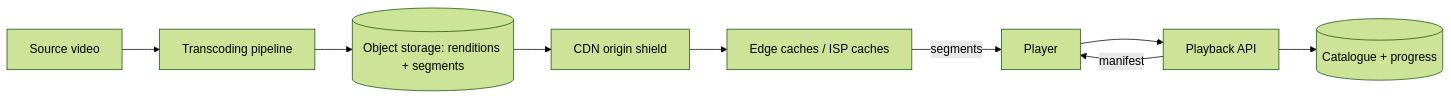
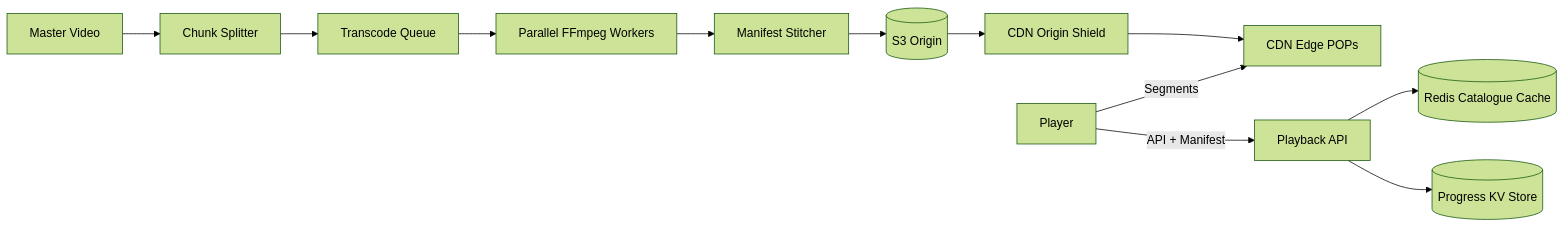
Before and after one commit to TapanKumarBarik/Backend-roadmap: the second of 5 diagrams in content/system-design/22-interview-design-problems/10-video-streaming-platform/README.md, drawn with Mermaid (forest theme). The commit also changed other lines of this file and 37 other files, not shown here.

Commit message:
Upgrade Track 22 (37 interview design problems) with scale-by-scale architecture evolution

````diff
--- a/content/system-design/22-interview-design-problems/10-video-streaming-platform/README.md
+++ b/content/system-design/22-interview-design-problems/10-video-streaming-platform/README.md
@@ -107,11 +152,10 @@
 ```mermaid
 flowchart LR
-  S["Source video"] --> T["Transcoding pipeline"]
-  T --> O[("Object storage: renditions + segments")]
-  O --> CDN["CDN origin shield"]
-  CDN --> E["Edge caches / ISP caches"]
-  P["Player"] --> API["Playback API"]
-  API --> DB[("Catalogue + progress")]
-  API -- "manifest" --> P
-  E -- "segments" --> P
+  Src["Master Video"] --> Split["Chunk Splitter"] --> Q["Transcode Queue"]
+  Q --> Workers["Parallel FFmpeg Workers"] --> Stitch["Manifest Stitcher"] --> S3[("S3 Origin")]
+  S3 --> Shield["CDN Origin Shield"] --> Edge["CDN Edge POPs"]
+  P["Player"] -- "Segments" --> Edge
+  P -- "API + Manifest" --> API["Playback API"]
+  API --> Redis[("Redis Catalogue Cache")]
+  API --> KV[("Progress KV Store")]
 ```
````
